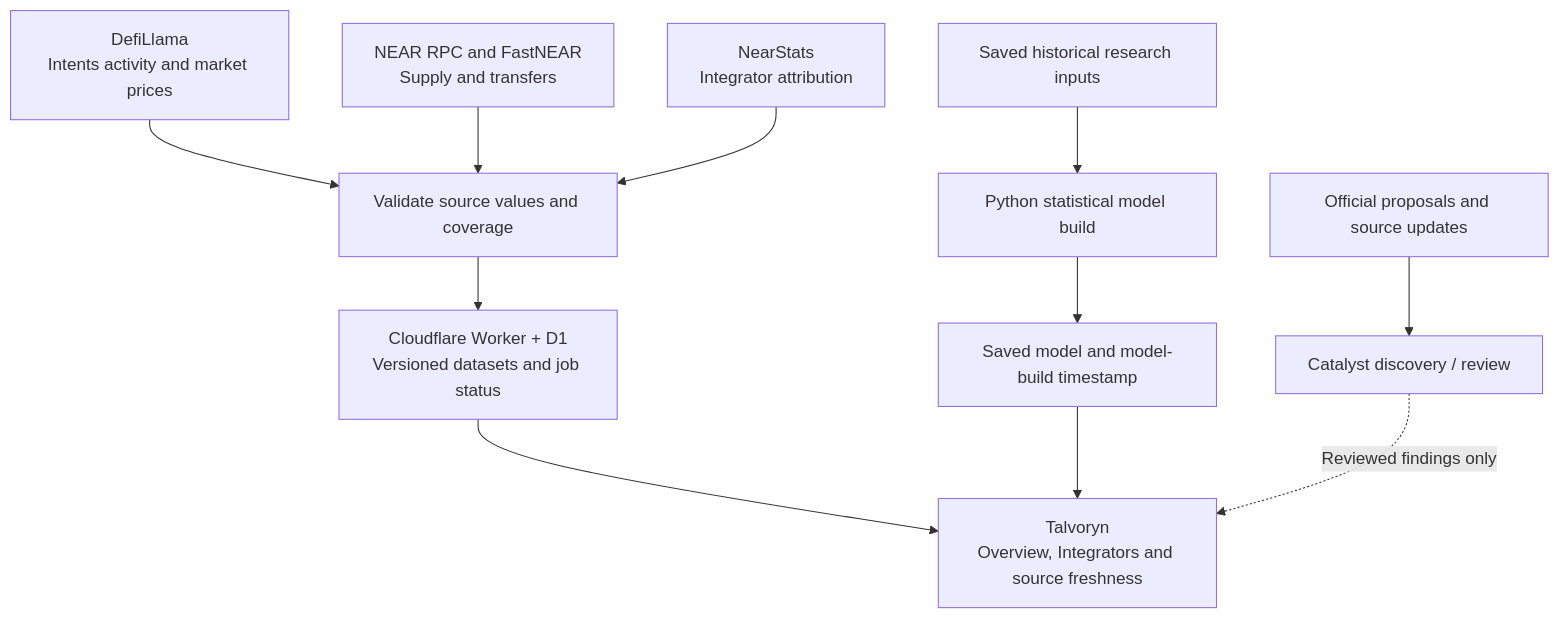
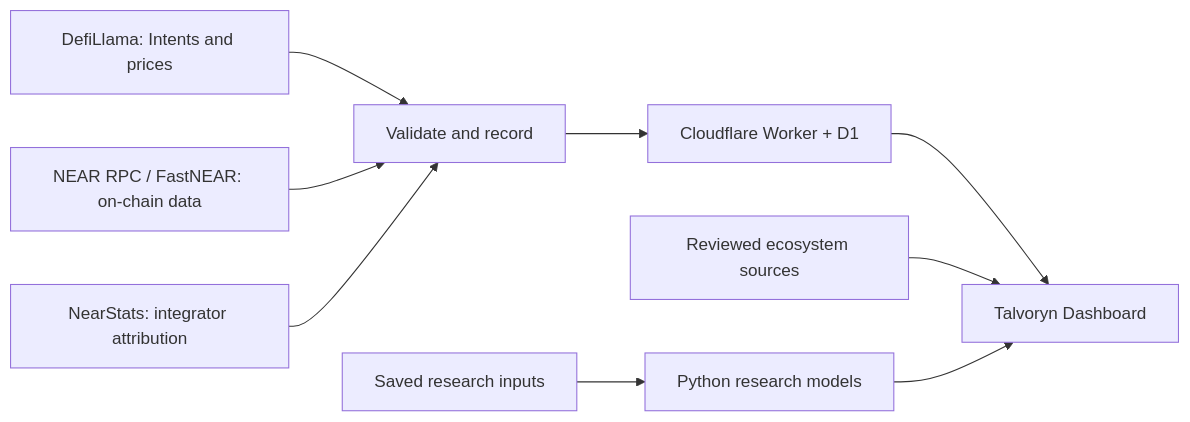
One commit to ModestusOkoye/talvoryn changed the diagram in README.md. Above: the diagram before and after it, drawn with Mermaid. The commit also changed other lines of this file, not shown here.

````diff
--- a/README.md
+++ b/README.md
@@ -81,13 +144,11 @@
 ```mermaid
-flowchart TD
-    A["DefiLlama<br/>Intents activity and market prices"] --> D["Validate source values and coverage"]
-    B["NEAR RPC and FastNEAR<br/>Supply and transfers"] --> D
-    C["NearStats<br/>Integrator attribution"] --> D
-    D --> DB["Cloudflare Worker + D1<br/>Versioned datasets and job status"]
-    DB --> SITE["Talvoryn<br/>Overview, Integrators and source freshness"]
-    H["Saved historical research inputs"] --> MODEL["Python statistical model build"]
-    MODEL --> F["Saved model and model-build timestamp"]
-    F --> SITE
-    OFF["Official proposals and source updates"] --> DISC["Catalyst discovery / review"]
-    DISC -. "Reviewed findings only" .-> SITE
+flowchart LR
+  A["DefiLlama: Intents and prices"] --> D["Validate and record"]
+  B["NEAR RPC / FastNEAR: on-chain data"] --> D
+  C["NearStats: integrator attribution"] --> D
+  D --> E["Cloudflare Worker + D1"]
+  E --> F["Talvoryn Dashboard"]
+  G["Reviewed ecosystem sources"] --> F
+  H["Saved research inputs"] --> I["Python research models"]
+  I --> F
 ```
````
